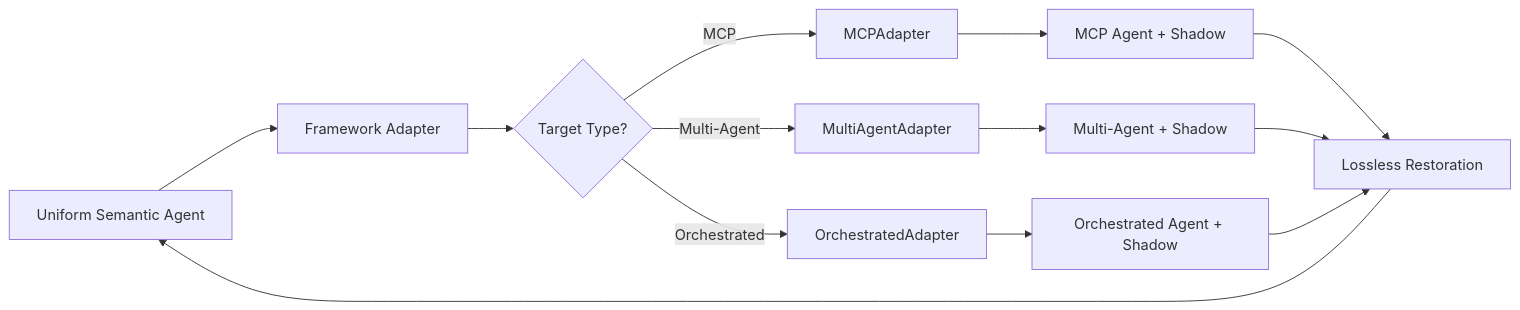
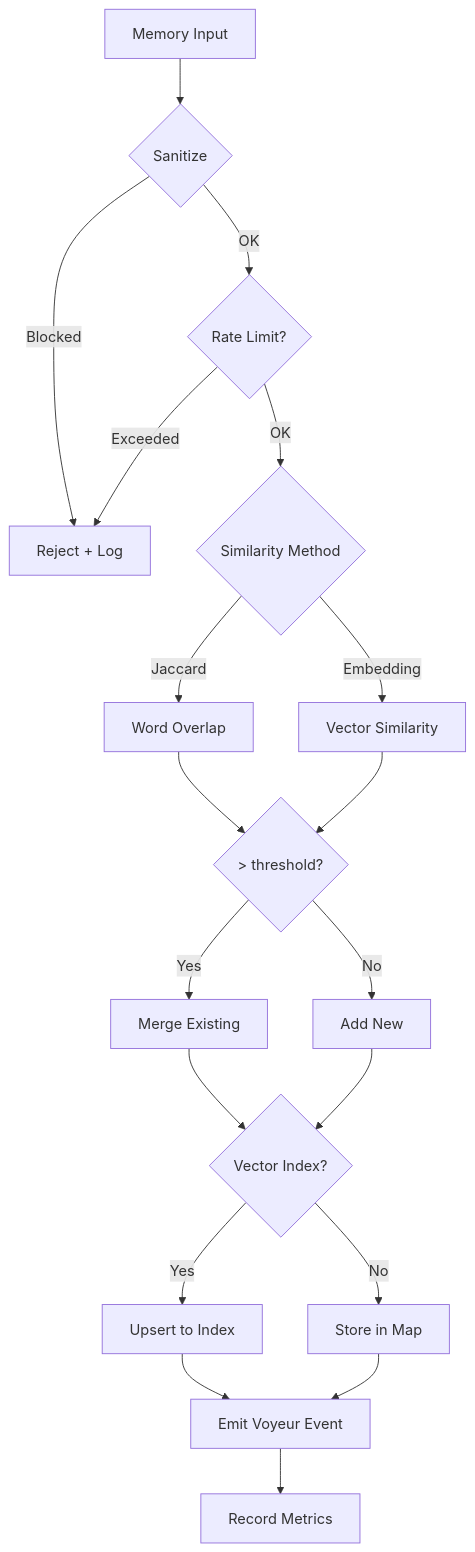
One commit to Replicant-Partners/Chrysalis changed the fifth of 8 diagrams in ARCHITECTURE.md. Above: the diagram before and after it, drawn with Mermaid. The commit also changed other lines of this file and 177 other files, not shown here.

````diff
--- a/ARCHITECTURE.md
+++ b/ARCHITECTURE.md
@@ -191,19 +243,27 @@
 ```mermaid
-flowchart LR
-    A[Uniform Semantic Agent] --> B[Framework Adapter]
-    B --> C{Target Type?}
-    
-    C -->|MCP| D[MCPAdapter]
-    C -->|Multi-Agent| E[MultiAgentAdapter]
-    C -->|Orchestrated| F[OrchestratedAdapter]
-    
-    D --> G[MCP Agent + Shadow]
-    E --> H[Multi-Agent + Shadow]
-    F --> I[Orchestrated Agent + Shadow]
-    
-    G --> J[Lossless Restoration]
-    H --> J
-    I --> J
-    
-    J --> A
+flowchart TD
+    Input[Memory Input] --> Sanitize{Sanitize}
+    Sanitize -->|Blocked| Reject[Reject + Log]
+    Sanitize -->|OK| RateCheck{Rate Limit?}
+    RateCheck -->|Exceeded| Reject
+    RateCheck -->|OK| Method{Similarity Method}
+
+    Method -->|Jaccard| Jaccard[Word Overlap]
+    Method -->|Embedding| Embed[Vector Similarity]
+
+    Jaccard --> Threshold{> threshold?}
+    Embed --> Threshold
+
+    Threshold -->|Yes| Merge[Merge Existing]
+    Threshold -->|No| Add[Add New]
+
+    Merge --> Index{Vector Index?}
+    Add --> Index
+
+    Index -->|Yes| Upsert[Upsert to Index]
+    Index -->|No| Store[Store in Map]
+
+    Upsert --> Voyeur[Emit Voyeur Event]
+    Store --> Voyeur
+    Voyeur --> Metrics[Record Metrics]
 ```
````
